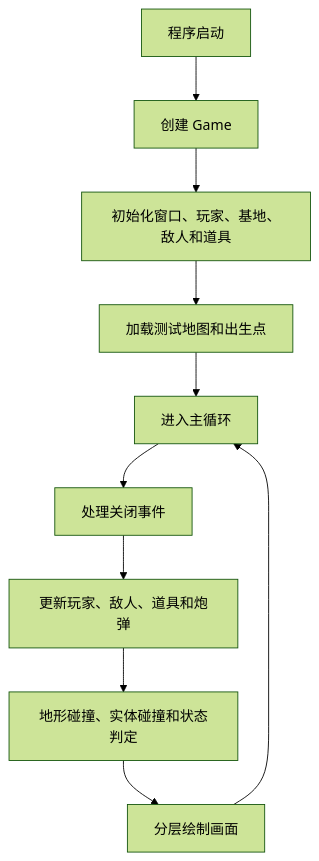
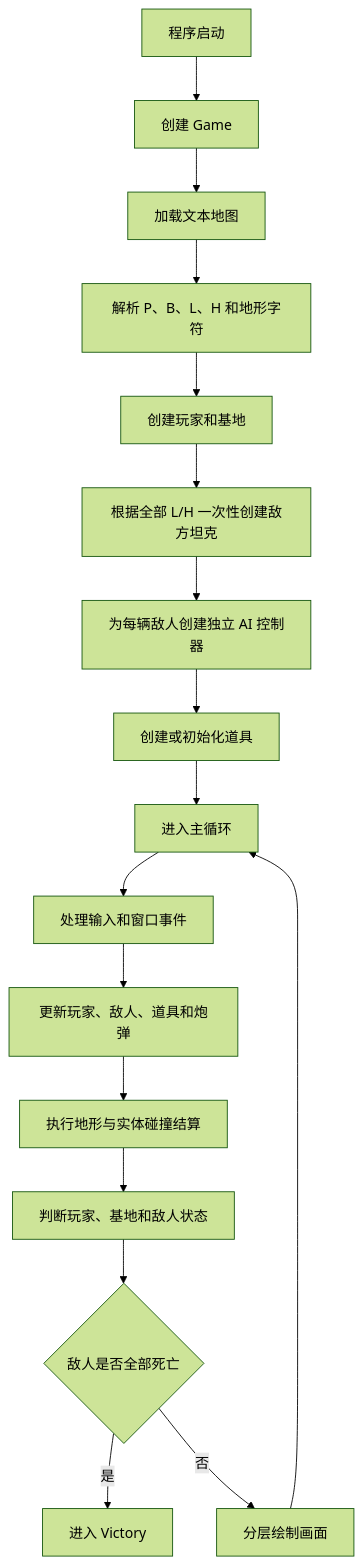
The first of 2 diagrams in docs/03_总体设计.md (frank1181434411-hub/tank-battle), drawn with Mermaid (forest theme) before and after one commit. The commit also changed other lines of this file and 18 other files, not shown here.

````diff
--- a/docs/03_总体设计.md
+++ b/docs/03_总体设计.md
@@ -36,12 +36,19 @@
 ```mermaid
 flowchart TD
     A[程序启动] --> B[创建 Game]
-    B --> C[初始化窗口、玩家、基地、敌人和道具]
-    C --> D[加载测试地图和出生点]
-    D --> E[进入主循环]
-    E --> F[处理关闭事件]
-    F --> G[更新玩家、敌人、道具和炮弹]
-    G --> H[地形碰撞、实体碰撞和状态判定]
-    H --> I[分层绘制画面]
-    I --> E
+    B --> C[加载文本地图]
+    C --> D[解析 P、B、L、H 和地形字符]
+    D --> E[创建玩家和基地]
+    E --> F[根据全部 L/H 一次性创建敌方坦克]
+    F --> G[为每辆敌人创建独立 AI 控制器]
+    G --> H[创建或初始化道具]
+    H --> I[进入主循环]
+    I --> J[处理输入和窗口事件]
+    J --> K[更新玩家、敌人、道具和炮弹]
+    K --> L[执行地形与实体碰撞结算]
+    L --> M[判断玩家、基地和敌人状态]
+    M --> N{敌人是否全部死亡}
+    N -->|是| O[进入 Victory]
+    N -->|否| P[分层绘制画面]
+    P --> I
 ```
````
